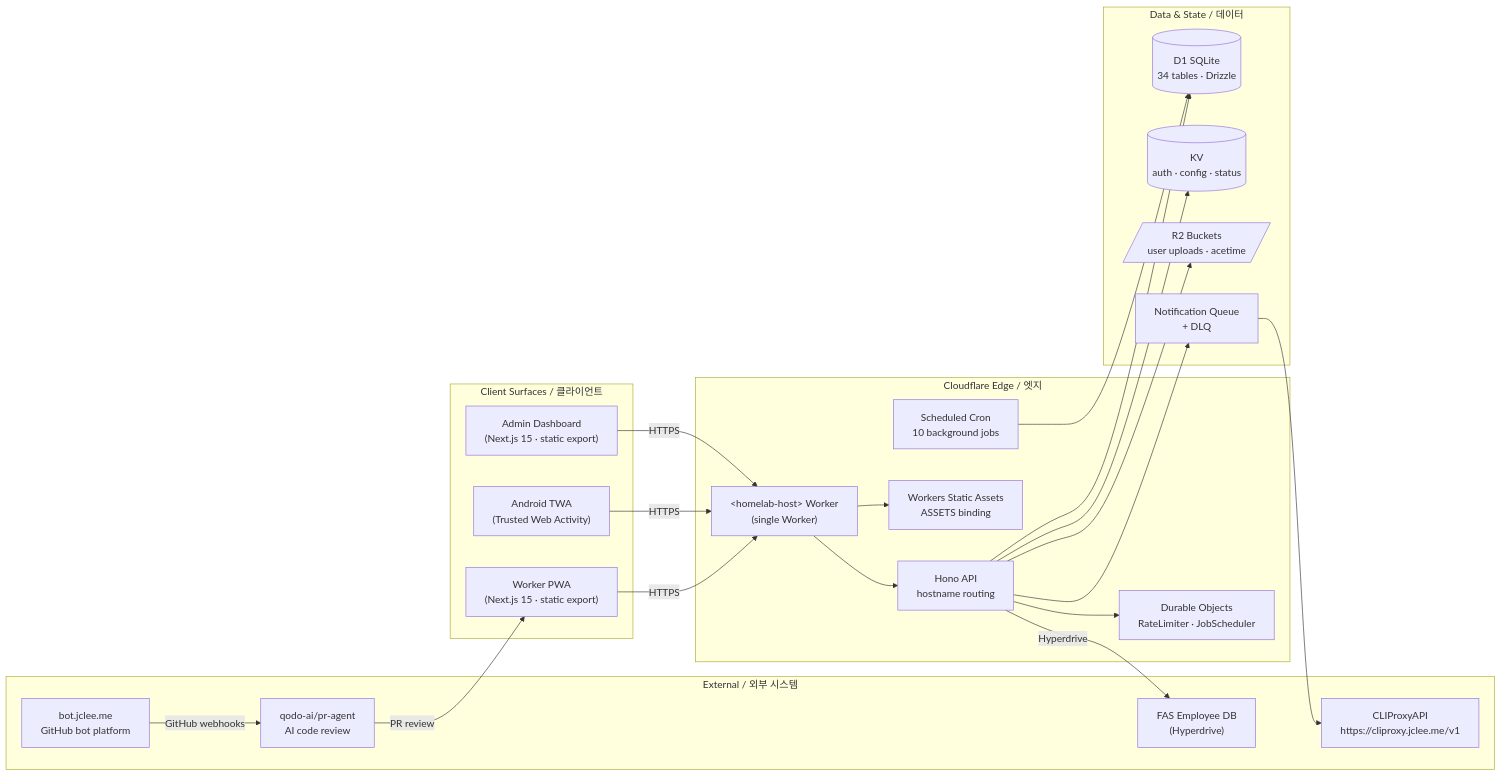
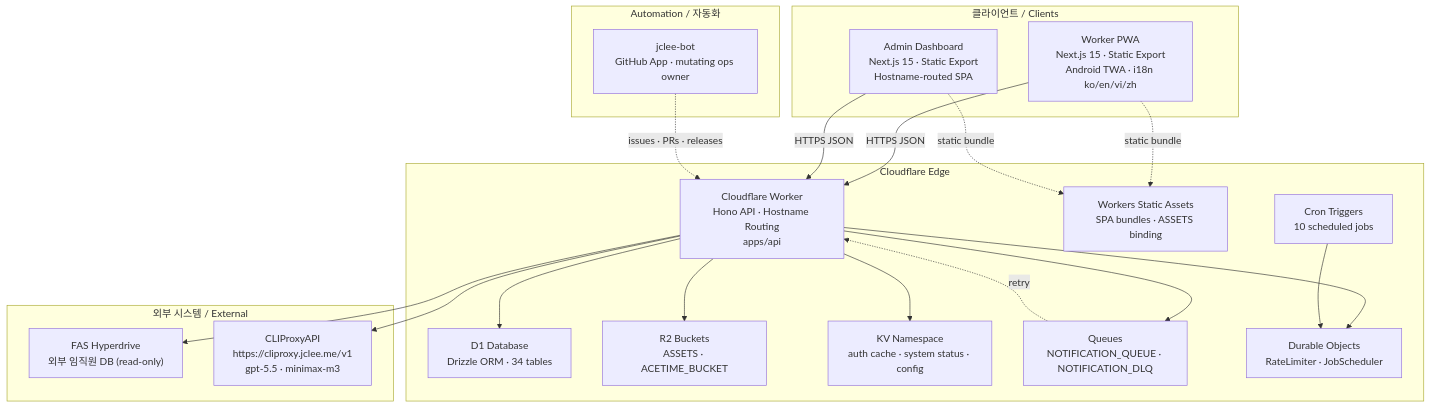
Before and after one commit to jclee941/safetywallet: the diagram in README.md, drawn with Mermaid. The commit also changed other lines of this file, not shown here.

````diff
--- a/README.md
+++ b/README.md
@@ -86,46 +90,44 @@
 ```mermaid
-flowchart LR
-    subgraph Clients["Client Surfaces / 클라이언트"]
-        WorkerPWA["Worker PWA<br/>(Next.js 15 · static export)"]
-        AdminPWA["Admin Dashboard<br/>(Next.js 15 · static export)"]
-        AndroidTWA["Android TWA<br/>(Trusted Web Activity)"]
+flowchart TB
+    subgraph Clients["클라이언트 / Clients"]
+        WorkerPWA["Worker PWA<br/>Next.js 15 · Static Export<br/>Android TWA · i18n ko/en/vi/zh"]
+        AdminSPA["Admin Dashboard<br/>Next.js 15 · Static Export<br/>Hostname-routed SPA"]
     end
 
-    subgraph Edge["Cloudflare Edge / 엣지"]
-        CFWorker["&lt;homelab-host&gt; Worker<br/>(single Worker)"]
-        Hono["Hono API<br/>hostname routing"]
-        Assets["Workers Static Assets<br/>ASSETS binding"]
+    subgraph CFEdge["Cloudflare Edge"]
+        CFWorker["Cloudflare Worker<br/>Hono API · Hostname Routing<br/>apps/api"]
+        Assets["Workers Static Assets<br/>SPA bundles · ASSETS binding"]
+        DB["D1 Database<br/>Drizzle ORM · 34 tables"]
+        R2["R2 Buckets<br/>ASSETS · ACETIME_BUCKET"]
+        KV["KV Namespace<br/>auth cache · system status · config"]
+        Queue["Queues<br/>NOTIFICATION_QUEUE · NOTIFICATION_DLQ"]
         DO["Durable Objects<br/>RateLimiter · JobScheduler"]
-        Cron["Scheduled Cron<br/>10 background jobs"]
+        Cron["Cron Triggers<br/>10 scheduled jobs"]
     end
 
-    subgraph Storage["Data &amp; State / 데이터"]
-        D1[("D1 SQLite<br/>34 tables · Drizzle")]
-        KV[("KV<br/>auth · config · status")]
-        R2[/"R2 Buckets<br/>user uploads · acetime"/]
-        Q["Notification Queue<br/>+ DLQ"]
+    subgraph Ext["외부 시스템 / External"]
+        FAS["FAS Hyperdrive<br/>외부 임직원 DB (read-only)"]
+        AIProxy["CLIProxyAPI<br/>https://cliproxy.jclee.me/v1<br/>gpt-5.5 · minimax-m3"]
     end
 
-    subgraph External["External / 외부 시스템"]
-        FAS["FAS Employee DB<br/>(Hyperdrive)"]
-        Proxy["CLIProxyAPI<br/>https://cliproxy.jclee.me/v1"]
-        Bot["bot.jclee.me<br/>GitHub bot platform"]
-        Qodo["qodo-ai/pr-agent<br/>AI code review"]
+    subgraph BotOps["Automation / 자동화"]
+        JBot["jclee-bot<br/>GitHub App · mutating ops owner"]
     end
 
-    WorkerPWA -->|HTTPS| CFWorker
-    AndroidTWA -->|HTTPS| CFWorker
-    AdminPWA -->|HTTPS| CFWorker
-    CFWorker --> Hono
-    CFWorker --> Assets
-    Hono --> D1
-    Hono --> KV
-    Hono --> R2
-    Hono --> DO
-    Hono --> Q
-    Hono -->|Hyperdrive| FAS
-    Cron --> D1
-    Q --> Proxy
-    Bot -->|GitHub webhooks| Qodo
-    Qodo -->|PR review| WorkerPWA
+    WorkerPWA -->|HTTPS JSON| CFWorker
+    AdminSPA -->|HTTPS JSON| CFWorker
+    WorkerPWA -.static bundle.-> Assets
+    AdminSPA -.static bundle.-> Assets
+
+    CFWorker --> DB
+    CFWorker --> R2
+    CFWorker --> KV
+    CFWorker --> Queue
+    CFWorker --> DO
+    CFWorker --> FAS
+    CFWorker --> AIProxy
+
+    Cron --> DO
+    Queue -.retry.-> CFWorker
+    JBot -.issues · PRs · releases.-> CFWorker
 ```
````
